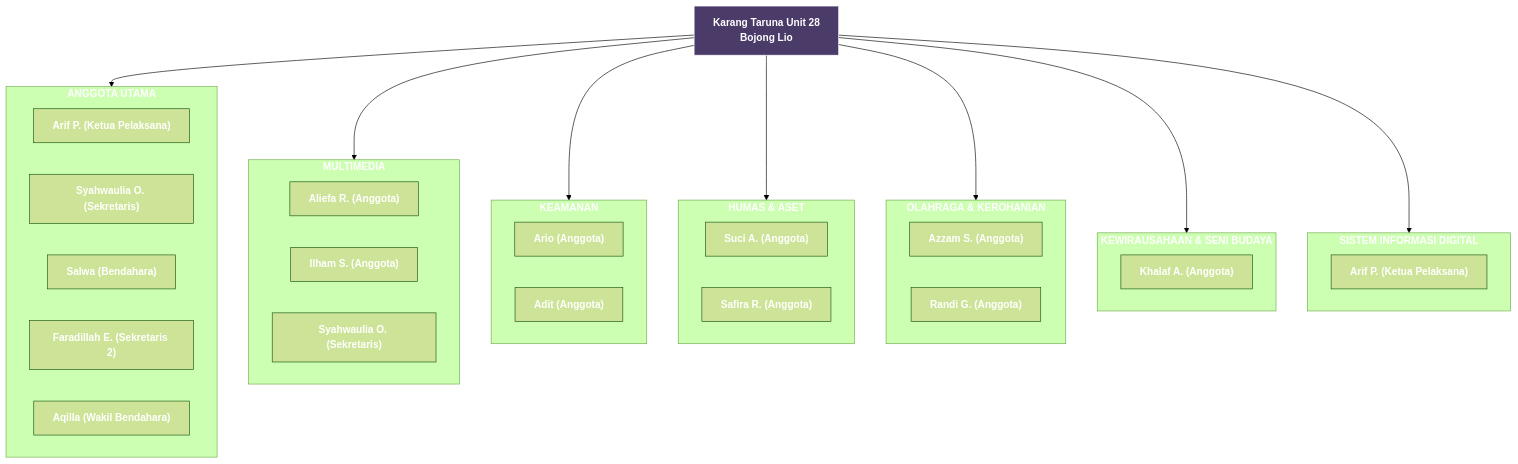
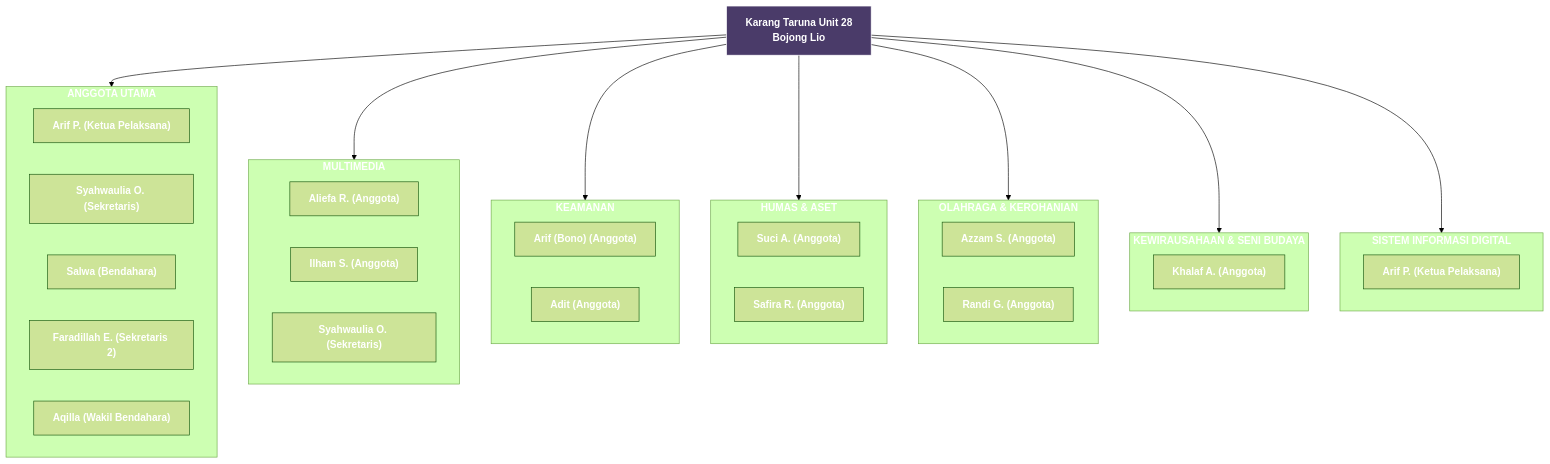
The diagram in README.md (itsmebroarif/katarunit28), drawn with Mermaid (forest theme) before and after one commit. The commit also changed other lines of this file and 14 other files, not shown here.

````diff
--- a/README.md
+++ b/README.md
@@ -172,51 +180,51 @@
 ```mermaid
 flowchart TD
     KTU28["Karang Taruna Unit 28<br/>Bojong Lio"]:::root
 
     KTU28 --> UTAMA
     KTU28 --> MULTI
     KTU28 --> AMAN
     KTU28 --> HUMAS
     KTU28 --> OLAHRAGA
     KTU28 --> WIRA
     KTU28 --> SISTEM
 
     subgraph UTAMA["ANGGOTA UTAMA"]
         U1["Arif P. (Ketua Pelaksana)"]
         U2["Syahwaulia O. (Sekretaris)"]
         U3["Salwa (Bendahara)"]
         U4["Faradillah E. (Sekretaris 2)"]
         U5["Aqilla (Wakil Bendahara)"]
     end
 
     subgraph MULTI["MULTIMEDIA"]
         M1["Aliefa R. (Anggota)"]
         M2["Ilham S. (Anggota)"]
         M3["Syahwaulia O. (Sekretaris)"]
     end
 
     subgraph AMAN["KEAMANAN"]
-        K1["Ario (Anggota)"]
+        K1["Arif (Bono) (Anggota)"]
         K2["Adit (Anggota)"]
     end
 
     subgraph HUMAS["HUMAS & ASET"]
         H1["Suci A. (Anggota)"]
         H2["Safira R. (Anggota)"]
     end
 
     subgraph OLAHRAGA["OLAHRAGA & KEROHANIAN"]
         O1["Azzam S. (Anggota)"]
         O2["Randi G. (Anggota)"]
     end
 
     subgraph WIRA["KEWIRAUSAHAAN & SENI BUDAYA"]
         W1["Khalaf A. (Anggota)"]
     end
 
     subgraph SISTEM["SISTEM INFORMASI DIGITAL"]
         S1["Arif P. (Ketua Pelaksana)"]
     end
 
     classDef root fill:#4a3b69,stroke:#fff,color:#fff,font-weight:bold;
 ```
````
